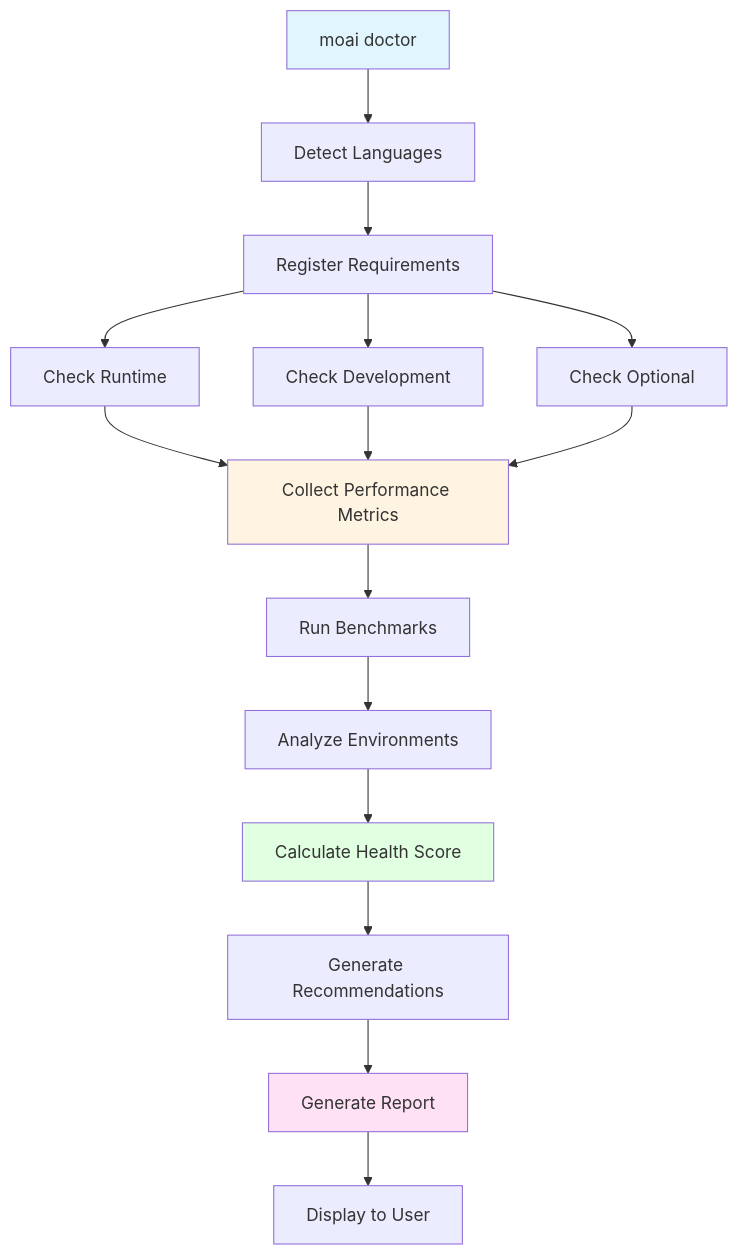
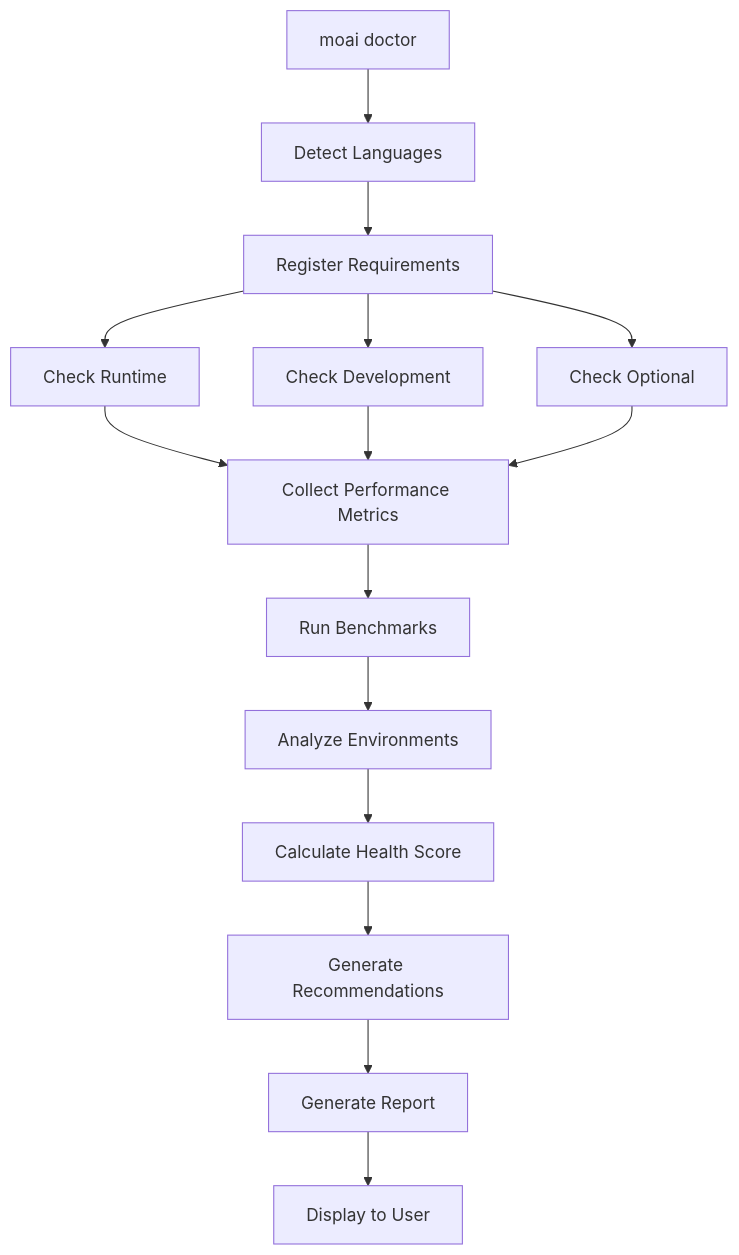
Before and after one commit to modu-ai/moai-adk: the third of 6 diagrams in docs/reference/api-reference.md, drawn with Mermaid. The commit also changed other lines of this file and 299 other files, not shown here.

First line of the commit message:
🎨 feat: Mermaid 다크/라이트 테마 대응 + trust-checker 통합

````diff
--- a/docs/reference/api-reference.md
+++ b/docs/reference/api-reference.md
@@ -657,27 +653,23 @@
 ```mermaid
 flowchart TD
     Start[moai doctor] --> Detect[Detect Languages]
     Detect --> RegisterReqs[Register Requirements]
 
     RegisterReqs --> Runtime[Check Runtime]
     RegisterReqs --> Dev[Check Development]
     RegisterReqs --> Optional[Check Optional]
 
     Runtime --> Metrics[Collect Performance Metrics]
     Dev --> Metrics
     Optional --> Metrics
 
     Metrics --> Benchmark[Run Benchmarks]
     Benchmark --> Analyze[Analyze Environments]
 
     Analyze --> Score[Calculate Health Score]
     Score --> Recommend[Generate Recommendations]
 
     Recommend --> Report[Generate Report]
     Report --> Display[Display to User]
 
-    style Start fill:#e1f5ff
-    style Metrics fill:#fff4e1
-    style Score fill:#e1ffe1
-    style Report fill:#ffe1f5
 ```
````
